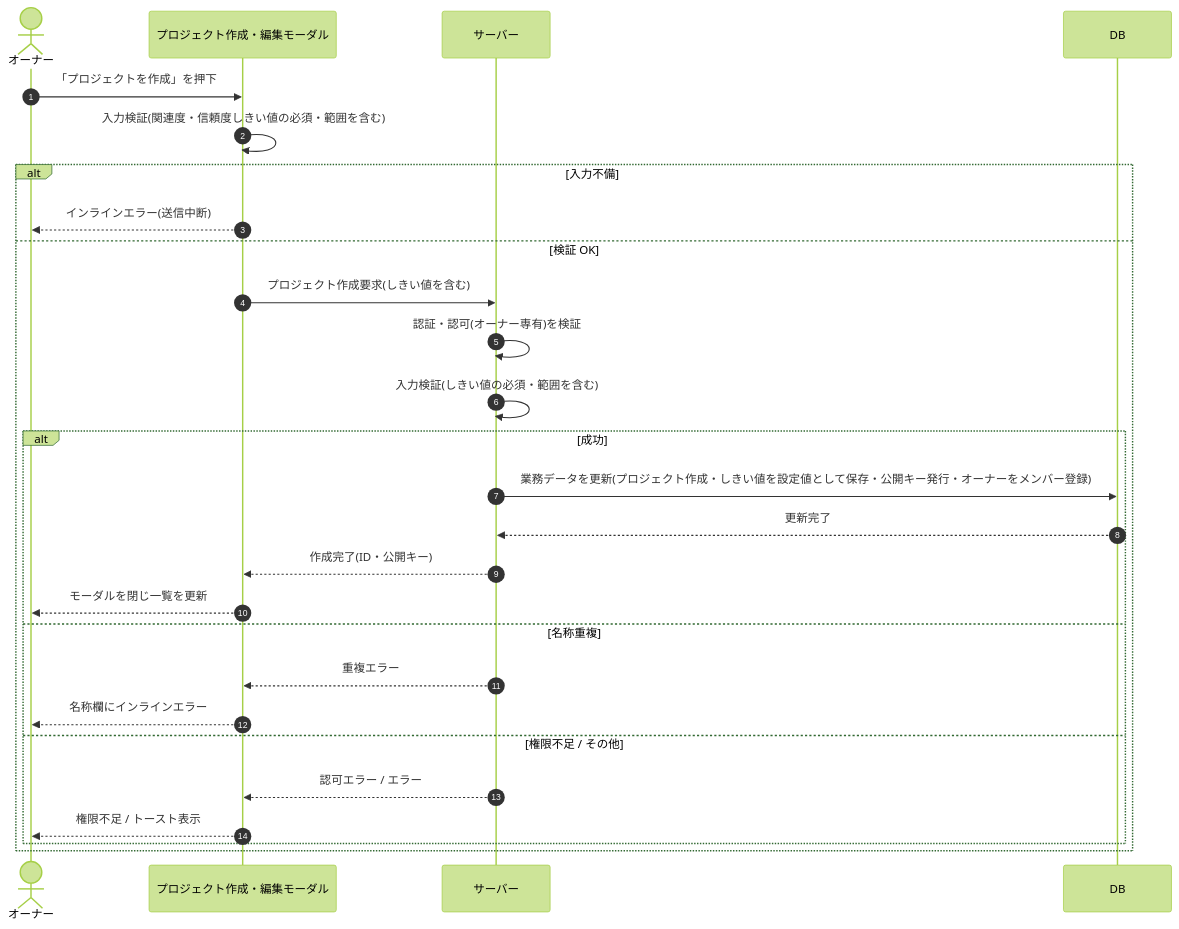
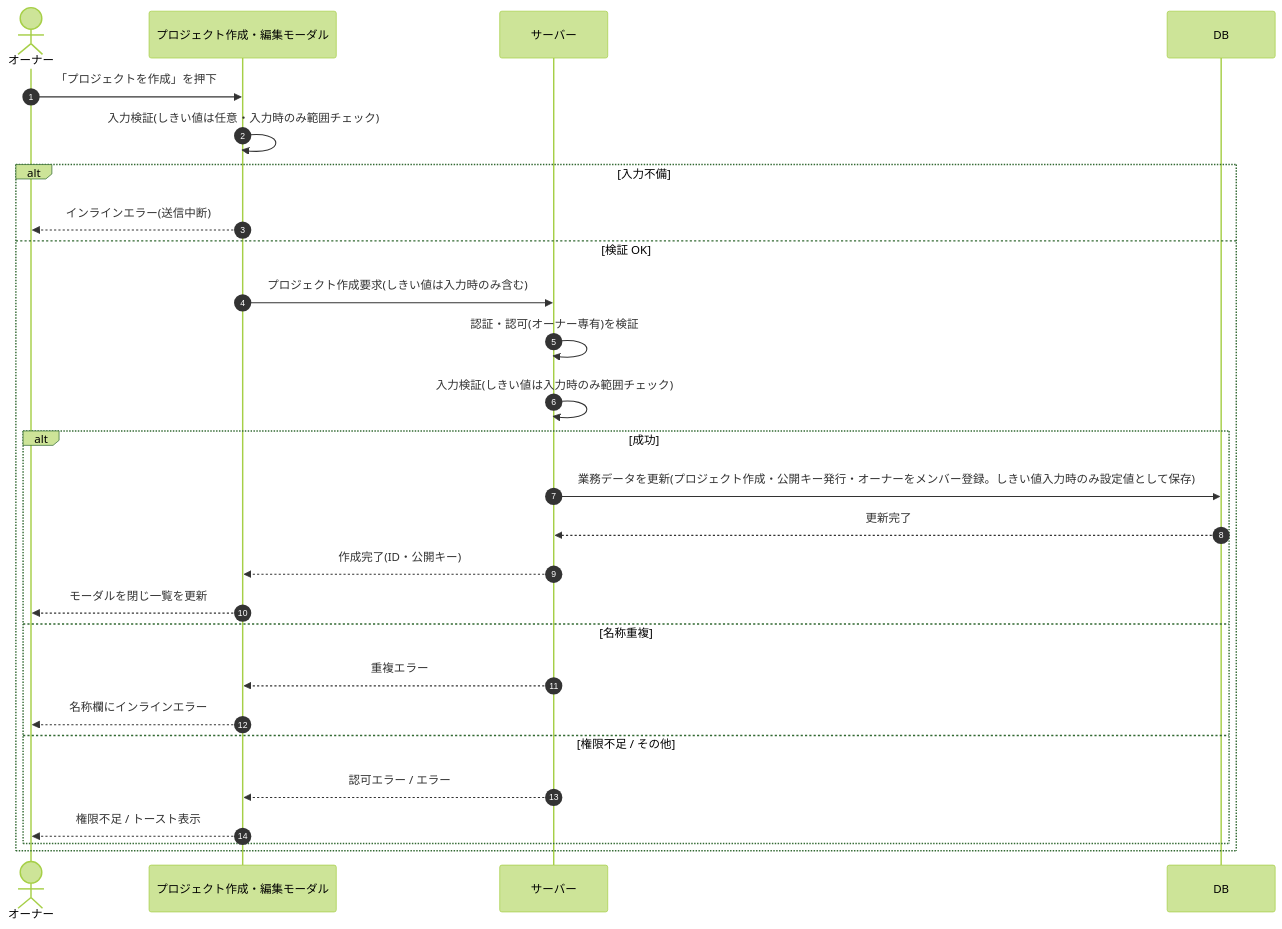
The diagram in 02_basic_design/03_sequences/SEQ-011.md (sikakou54/open-faq), drawn with Mermaid (forest theme) before and after one commit. The commit also changed other lines of this file and 20 other files, not shown here.

````diff
--- a/02_basic_design/03_sequences/SEQ-011.md
+++ b/02_basic_design/03_sequences/SEQ-011.md
@@ -15,29 +15,29 @@
 ```mermaid
 sequenceDiagram
   autonumber
   actor U as オーナー
   participant Screen as プロジェクト作成・編集モーダル
   participant Server as サーバー
   participant DB as DB
   U->>Screen: 「プロジェクトを作成」を押下
-  Screen->>Screen: 入力検証(関連度・信頼度しきい値の必須・範囲を含む)
+  Screen->>Screen: 入力検証(しきい値は任意・入力時のみ範囲チェック)
   alt 入力不備
     Screen-->>U: インラインエラー(送信中断)
   else 検証 OK
-    Screen->>Server: プロジェクト作成要求(しきい値を含む)
+    Screen->>Server: プロジェクト作成要求(しきい値は入力時のみ含む)
     Server->>Server: 認証・認可(オーナー専有)を検証
-    Server->>Server: 入力検証(しきい値の必須・範囲を含む)
+    Server->>Server: 入力検証(しきい値は入力時のみ範囲チェック)
     alt 成功
-      Server->>DB: 業務データを更新(プロジェクト作成・しきい値を設定値として保存・公開キー発行・オーナーをメンバー登録)
+      Server->>DB: 業務データを更新(プロジェクト作成・公開キー発行・オーナーをメンバー登録。しきい値入力時のみ設定値として保存)
       DB-->>Server: 更新完了
       Server-->>Screen: 作成完了(ID・公開キー)
       Screen-->>U: モーダルを閉じ一覧を更新
     else 名称重複
       Server-->>Screen: 重複エラー
       Screen-->>U: 名称欄にインラインエラー
     else 権限不足 / その他
       Server-->>Screen: 認可エラー / エラー
       Screen-->>U: 権限不足 / トースト表示
     end
   end
 ```
````
